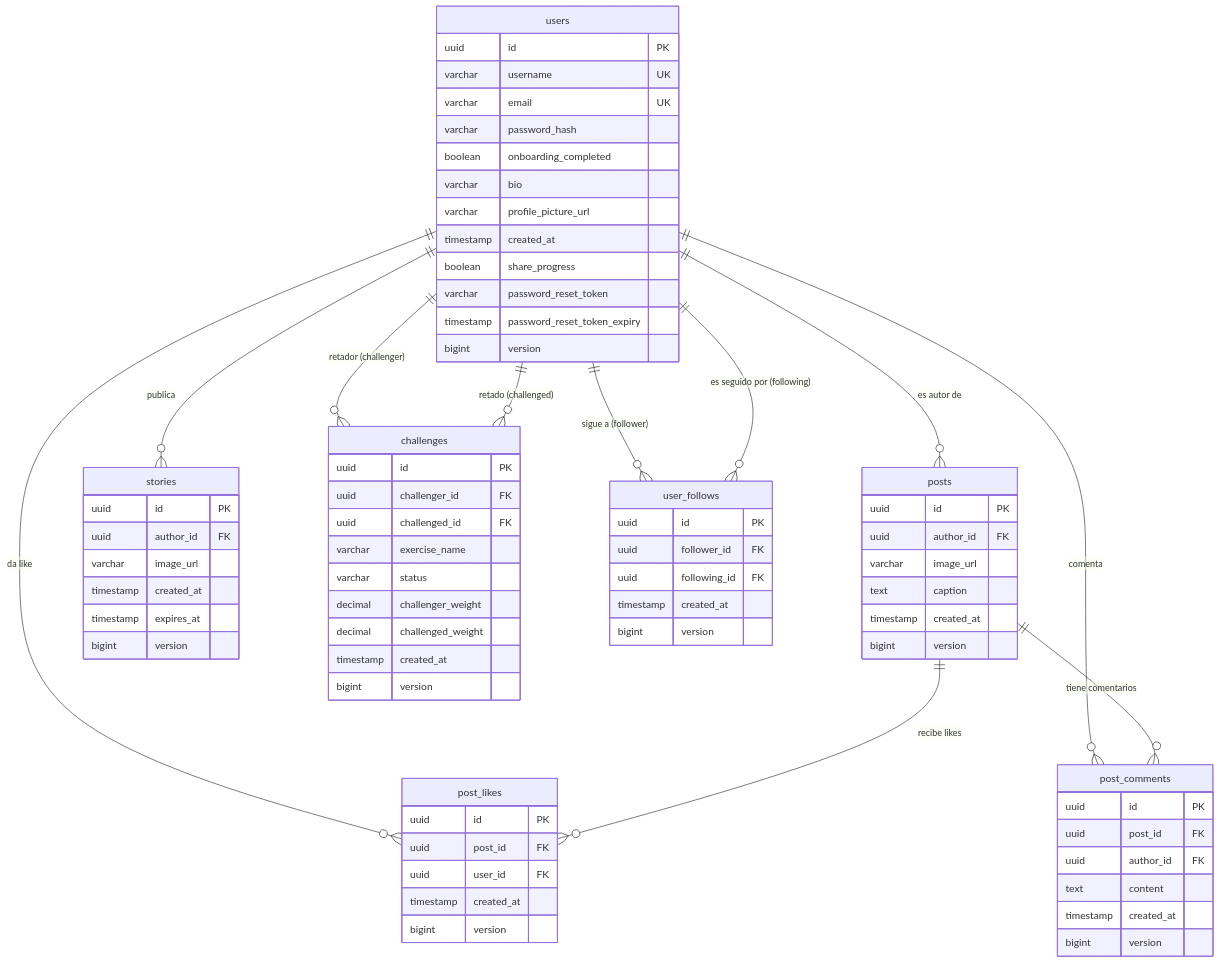
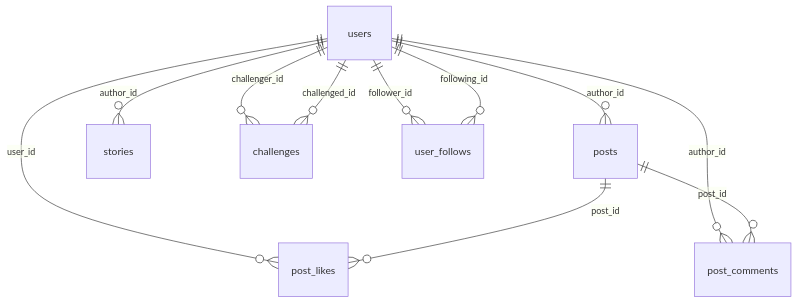
The second of 5 diagrams in docs/SCHEMA.md (adriijg/JADA-Fit-back), drawn with Mermaid before and after one commit. The commit also changed other lines of this file, not shown here.

Commit message:
fix: simplify ER diagrams to pure relational (no attribute blocks)

````diff
--- a/docs/SCHEMA.md
+++ b/docs/SCHEMA.md
@@ -49,83 +47,13 @@
 ```mermaid
 erDiagram
-    users {
-        uuid id PK
-        varchar username UK
-        varchar email UK
-        varchar password_hash
-        boolean onboarding_completed
-        varchar bio
-        varchar profile_picture_url
-        timestamp created_at
-        boolean share_progress
-        varchar password_reset_token
-        timestamp password_reset_token_expiry
-        bigint version
-    }
-
-    posts {
-        uuid id PK
-        uuid author_id FK
-        varchar image_url
-        text caption
-        timestamp created_at
-        bigint version
-    }
-
-    post_likes {
-        uuid id PK
-        uuid post_id FK
-        uuid user_id FK
-        timestamp created_at
-        bigint version
-    }
-
-    post_comments {
-        uuid id PK
-        uuid post_id FK
-        uuid author_id FK
-        text content
-        timestamp created_at
-        bigint version
-    }
-
-    stories {
-        uuid id PK
-        uuid author_id FK
-        varchar image_url
-        timestamp created_at
-        timestamp expires_at
-        bigint version
-    }
-
-    challenges {
-        uuid id PK
-        uuid challenger_id FK
-        uuid challenged_id FK
-        varchar exercise_name
-        varchar status
-        decimal challenger_weight
-        decimal challenged_weight
-        timestamp created_at
-        bigint version
-    }
-
-    user_follows {
-        uuid id PK
-        uuid follower_id FK
-        uuid following_id FK
-        timestamp created_at
-        bigint version
-    }
-
-    users ||--o{ posts : "es autor de"
-    users ||--o{ post_likes : "da like"
-    users ||--o{ post_comments : "comenta"
-    users ||--o{ stories : "publica"
-    users ||--o{ challenges : "retador (challenger)"
-    users ||--o{ challenges : "retado (challenged)"
-    users ||--o{ user_follows : "sigue a (follower)"
-    users ||--o{ user_follows : "es seguido por (following)"
-    posts ||--o{ post_likes : "recibe likes"
-    posts ||--o{ post_comments : "tiene comentarios"
+    users ||--o{ posts : "author_id"
+    users ||--o{ post_likes : "user_id"
+    users ||--o{ post_comments : "author_id"
+    users ||--o{ stories : "author_id"
+    users ||--o{ challenges : "challenger_id"
+    users ||--o{ challenges : "challenged_id"
+    users ||--o{ user_follows : "follower_id"
+    users ||--o{ user_follows : "following_id"
+    posts ||--o{ post_likes : "post_id"
+    posts ||--o{ post_comments : "post_id"
 ```
````
